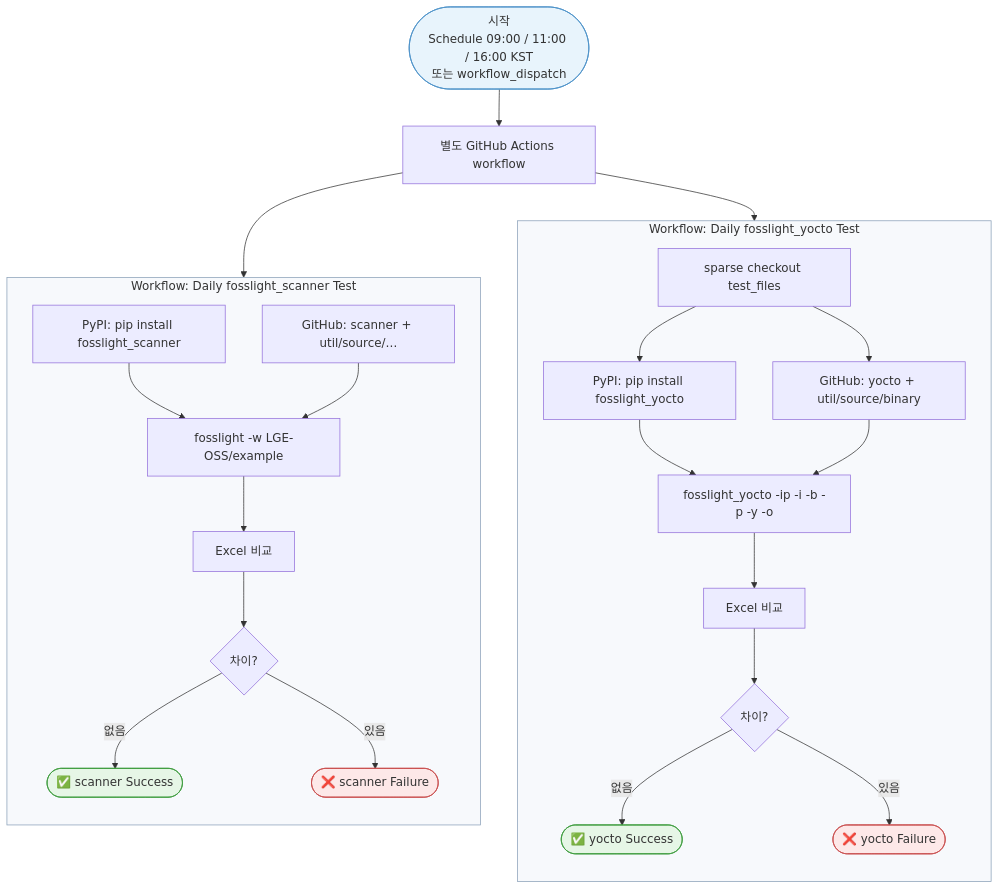
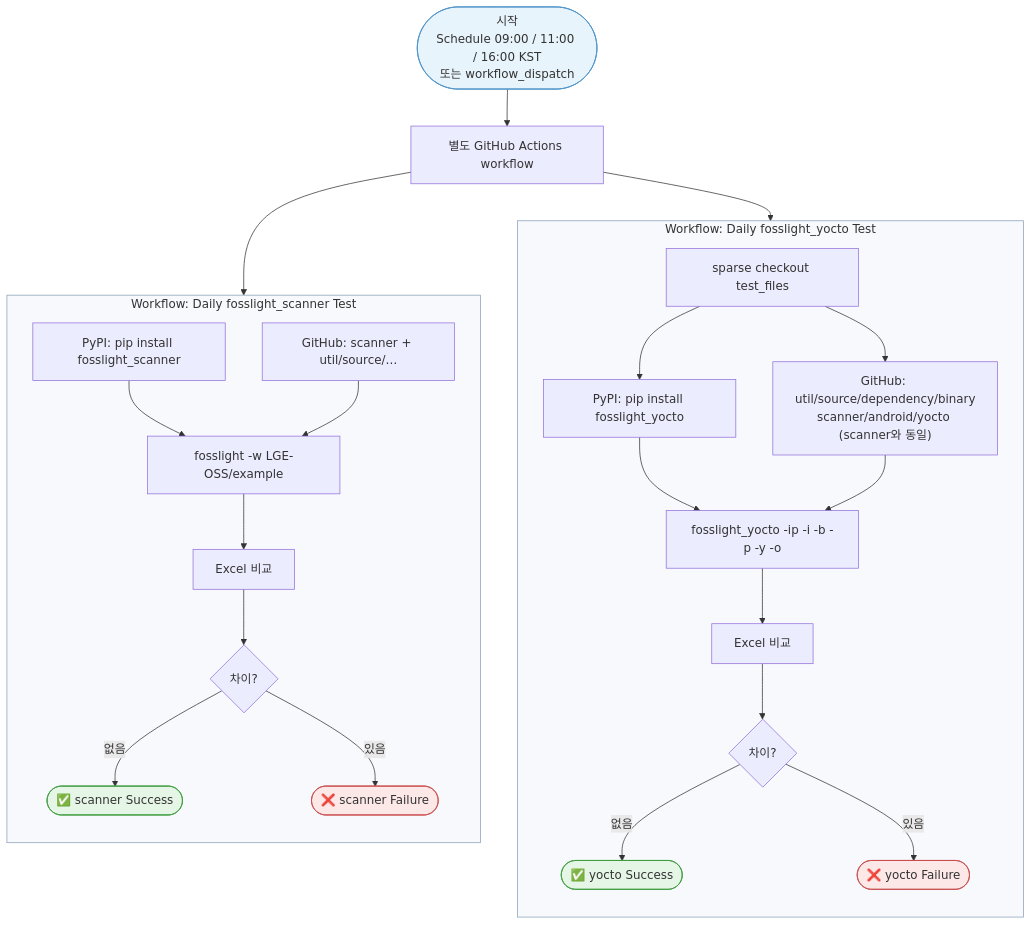
Before and after one commit to fosslight/fosslight_scanner_test: the first of 3 diagrams in docs/flowchart.md, drawn with Mermaid. The commit also changed other lines of this file and 4 other files, not shown here.

First line of the commit message:
Share GIT_PACKAGES so yocto tests install the same git dependencies as scanner.

````diff
--- a/docs/flowchart.md
+++ b/docs/flowchart.md
@@ -7,48 +7,48 @@
 ```mermaid
 flowchart TD
     Start([시작<br/>Schedule 09:00 / 11:00 / 16:00 KST<br/>또는 workflow_dispatch]) --> Split
 
     Split[별도 GitHub Actions workflow]
 
     Split --> T1
     Split --> T2
 
     subgraph T1["Workflow: Daily fosslight_scanner Test"]
         direction TB
         S1["PyPI: pip install fosslight_scanner"]
         S2["GitHub: scanner + util/source/…"]
         S3["fosslight -w LGE-OSS/example"]
         S4[Excel 비교]
         S1 --> S3
         S2 --> S3
         S3 --> S4
         S4 --> SR{차이?}
         SR -->|없음| SPass([✅ scanner Success])
         SR -->|있음| SFail([❌ scanner Failure])
     end
 
     subgraph T2["Workflow: Daily fosslight_yocto Test"]
         direction TB
         Y0[sparse checkout test_files]
         Y1["PyPI: pip install fosslight_yocto"]
-        Y2["GitHub: yocto + util/source/binary"]
+        Y2["GitHub: util/source/dependency/binary<br/>scanner/android/yocto (scanner와 동일)"]
         Y3["fosslight_yocto -ip -i -b -p -y -o"]
         Y4[Excel 비교]
         Y0 --> Y1
         Y0 --> Y2
         Y1 --> Y3
         Y2 --> Y3
         Y3 --> Y4
         Y4 --> YR{차이?}
         YR -->|없음| YPass([✅ yocto Success])
         YR -->|있음| YFail([❌ yocto Failure])
     end
 
     style Start fill:#e8f4fc,stroke:#4a90c8
     style SPass fill:#e6f6e6,stroke:#3a9a3a
     style YPass fill:#e6f6e6,stroke:#3a9a3a
     style SFail fill:#fde8e8,stroke:#c84a4a
     style YFail fill:#fde8e8,stroke:#c84a4a
     style T1 fill:#f7f9fc,stroke:#8aa0b8
     style T2 fill:#f7f9fc,stroke:#8aa0b8
 ```
````
